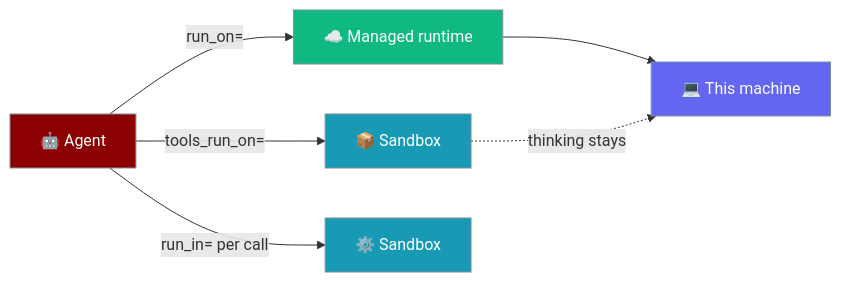
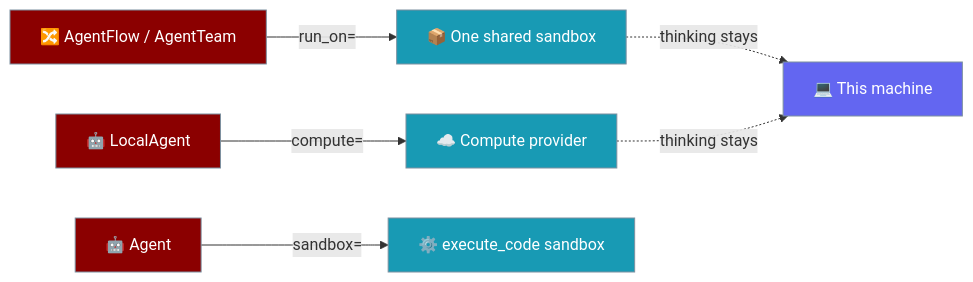
The first of 3 diagrams in docs/features/placement.mdx (MervinPraison/PraisonAIDocs), drawn with Mermaid before and after one commit. The commit also changed other lines of this file and 19 other files, not shown here.

First line of the commit message:
docs: correct placement vocabulary to real SDK API (run_on / compute / sandbox)

````diff
--- a/docs/features/placement.mdx
+++ b/docs/features/placement.mdx
@@ -19,18 +22,17 @@
 ```mermaid
 graph LR
-    Agent[🤖 Agent] -->|run_on=| Whole[☁️ Managed runtime]
-    Agent -->|tools_run_on=| Tools[📦 Sandbox]
-    Agent -->|run_in= per call| Code[⚙️ Sandbox]
-    Whole --> Here1[💻 This machine]
-    Tools -.thinking stays.-> Here1
+    Flow[🔀 AgentFlow / AgentTeam] -->|run_on=| Shared[📦 One shared sandbox]
+    Local[🤖 LocalAgent] -->|compute=| Provider[☁️ Compute provider]
+    Agent[🤖 Agent] -->|sandbox=| Explicit[⚙️ execute_code sandbox]
+    Shared -.thinking stays.-> Here1[💻 This machine]
+    Provider -.thinking stays.-> Here1
 
+    classDef flow fill:#8B0000,stroke:#7C90A0,color:#fff
     classDef agent fill:#8B0000,stroke:#7C90A0,color:#fff
-    classDef runtime fill:#10B981,stroke:#7C90A0,color:#fff
     classDef sandbox fill:#189AB4,stroke:#7C90A0,color:#fff
     classDef here fill:#6366F1,stroke:#7C90A0,color:#fff
 
-    class Agent agent
-    class Whole runtime
-    class Tools,Code sandbox
+    class Flow,Local,Agent flow
+    class Shared,Provider,Explicit sandbox
     class Here1 here
 ```
````
